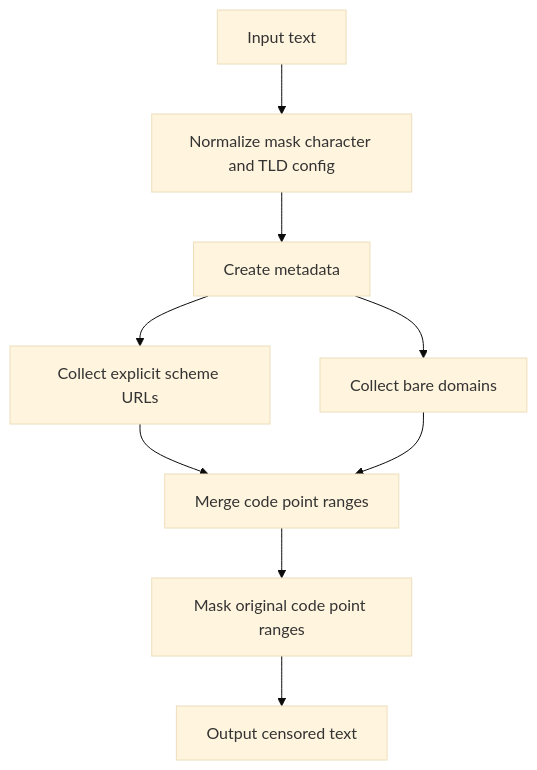
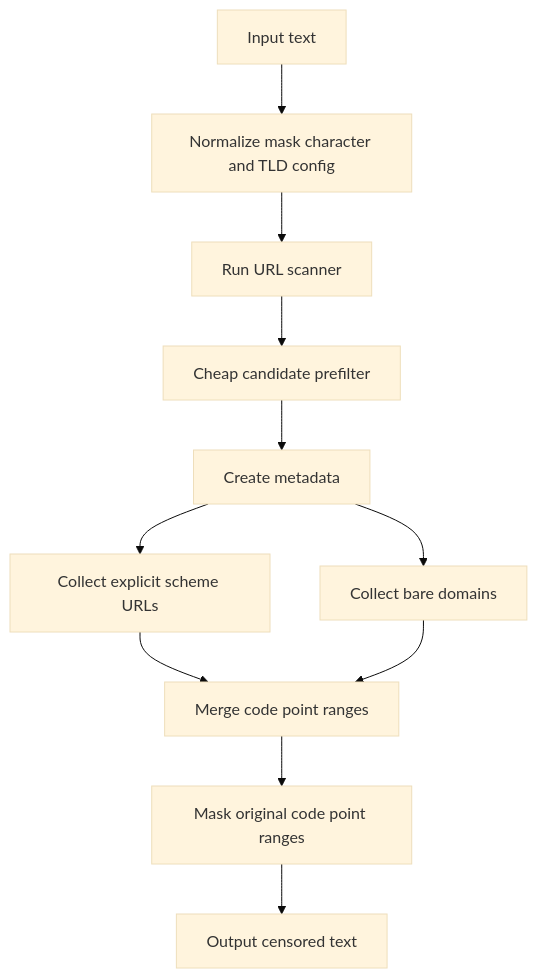
Before and after one commit to textfilters/textfilters: the first of 2 diagrams in docs/architecture.md, drawn with Mermaid (base theme). The commit also changed other lines of this file and 7 other files, not shown here.

First line of the commit message:
Add URL scanner prefilter

````diff
--- a/docs/architecture.md
+++ b/docs/architecture.md
@@ -25,11 +25,13 @@
 ```mermaid
 flowchart TD
   input["Input text"] --> config["Normalize mask character and TLD config"]
-  config --> meta["Create metadata"]
+  config --> scanner["Run URL scanner"]
+  scanner --> prefilter["Cheap candidate prefilter"]
+  prefilter --> meta["Create metadata"]
   meta --> explicit["Collect explicit scheme URLs"]
   meta --> bare["Collect bare domains"]
   explicit --> merge["Merge code point ranges"]
   bare --> merge
   merge --> mask["Mask original code point ranges"]
   mask --> output["Output censored text"]
 ```
````
